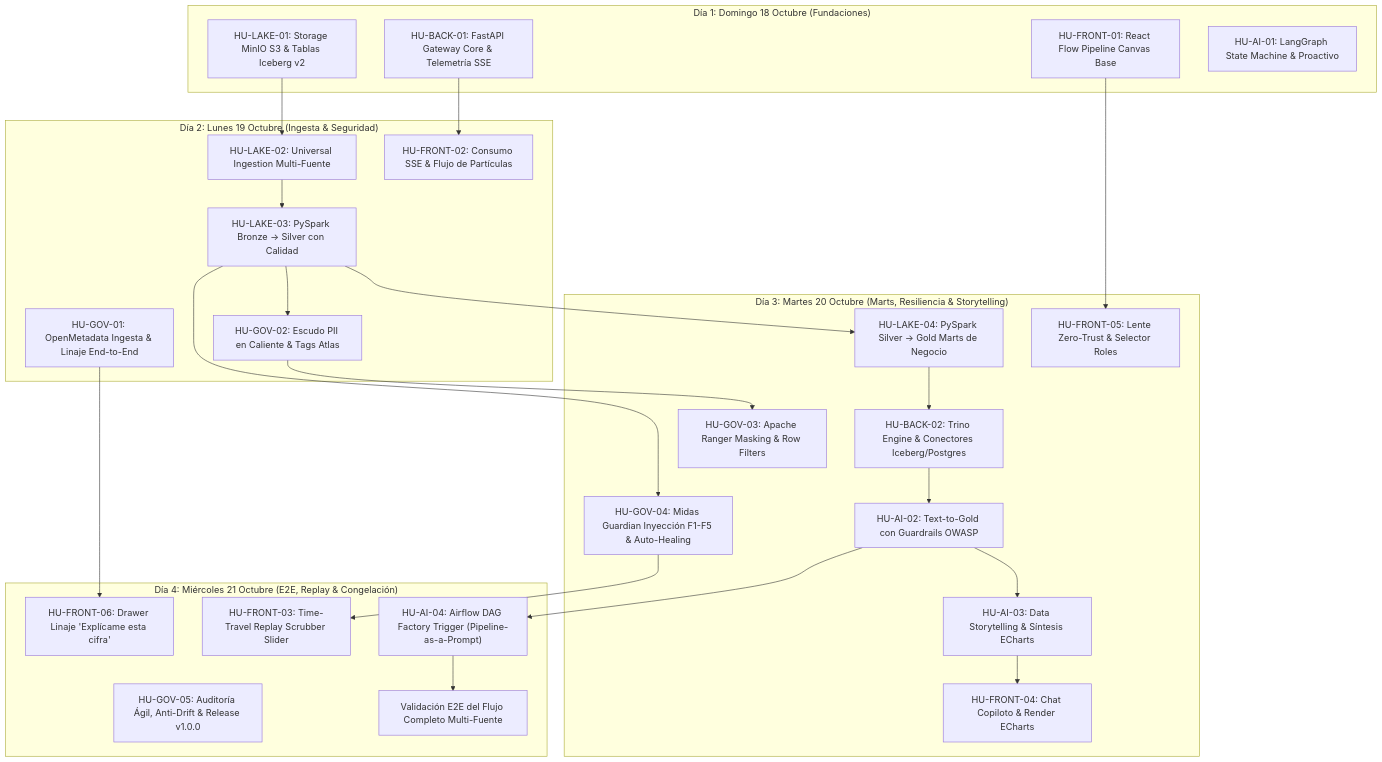
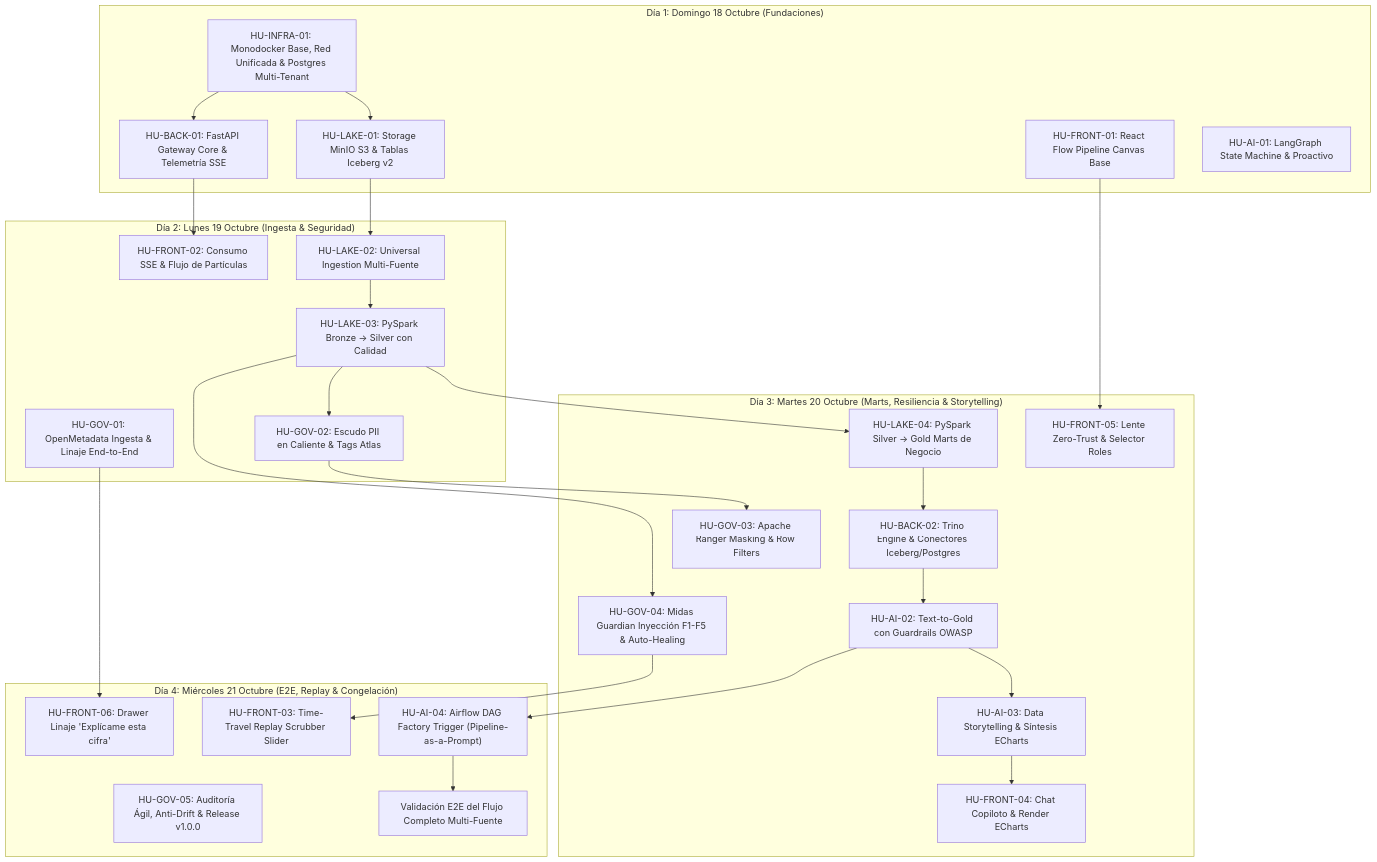
The diagram in documentation/04_product_backlog.md (Dan18eP/Midas), drawn with Mermaid before and after one commit. The commit also changed other lines of this file and 1 other file, not shown here.

Commit message:
feat(backlog): add HU-INFRA-01 for monodocker base, unified network and postgres multi-tenant assigned to Daniel Echeverria

````diff
--- a/documentation/04_product_backlog.md
+++ b/documentation/04_product_backlog.md
@@ -34,47 +34,50 @@
 ```mermaid
 flowchart TD
     subgraph DIA1["Día 1: Domingo 18 Octubre (Fundaciones)"]
+        H_INFRA01["HU-INFRA-01: Monodocker Base, Red Unificada & Postgres Multi-Tenant"]
         H_LAKE01["HU-LAKE-01: Storage MinIO S3 & Tablas Iceberg v2"]
         H_BACK01["HU-BACK-01: FastAPI Gateway Core & Telemetría SSE"]
         H_FRONT01["HU-FRONT-01: React Flow Pipeline Canvas Base"]
         H_AI01["HU-AI-01: LangGraph State Machine & Proactivo"]
     end
 
     subgraph DIA2["Día 2: Lunes 19 Octubre (Ingesta & Seguridad)"]
         H_LAKE02["HU-LAKE-02: Universal Ingestion Multi-Fuente"]
         H_LAKE03["HU-LAKE-03: PySpark Bronze -> Silver con Calidad"]
         H_FRONT02["HU-FRONT-02: Consumo SSE & Flujo de Partículas"]
         H_GOV01["HU-GOV-01: OpenMetadata Ingesta & Linaje End-to-End"]
         H_GOV02["HU-GOV-02: Escudo PII en Caliente & Tags Atlas"]
     end
 
     subgraph DIA3["Día 3: Martes 20 Octubre (Marts, Resiliencia & Storytelling)"]
         H_LAKE04["HU-LAKE-04: PySpark Silver -> Gold Marts de Negocio"]
         H_BACK02["HU-BACK-02: Trino Engine & Conectores Iceberg/Postgres"]
         H_AI02["HU-AI-02: Text-to-Gold con Guardrails OWASP"]
         H_AI03["HU-AI-03: Data Storytelling & Síntesis ECharts"]
         H_FRONT04["HU-FRONT-04: Chat Copiloto & Render ECharts"]
         H_FRONT05["HU-FRONT-05: Lente Zero-Trust & Selector Roles"]
         H_GOV03["HU-GOV-03: Apache Ranger Masking & Row Filters"]
         H_GOV04["HU-GOV-04: Midas Guardian Inyección F1-F5 & Auto-Healing"]
     end
 
     subgraph DIA4["Día 4: Miércoles 21 Octubre (E2E, Replay & Congelación)"]
         H_FRONT03["HU-FRONT-03: Time-Travel Replay Scrubber Slider"]
         H_FRONT06["HU-FRONT-06: Drawer Linaje 'Explícame esta cifra'"]
         H_AI04["HU-AI-04: Airflow DAG Factory Trigger (Pipeline-as-a-Prompt)"]
         H_GOV05["HU-GOV-05: Auditoría Ágil, Anti-Drift & Release v1.0.0"]
         H_E2E["Validación E2E del Flujo Completo Multi-Fuente"]
     end
 
+    H_INFRA01 --> H_LAKE01
+    H_INFRA01 --> H_BACK01
     H_LAKE01 --> H_LAKE02 --> H_LAKE03 --> H_LAKE04
     H_BACK01 --> H_FRONT02
     H_LAKE03 --> H_GOV02 --> H_GOV03
     H_LAKE04 --> H_BACK02 --> H_AI02 --> H_AI03 --> H_FRONT04
     H_LAKE03 --> H_GOV04
     H_GOV04 --> H_FRONT03
     H_AI02 --> H_AI04
     H_FRONT01 --> H_FRONT05
     H_GOV01 --> H_FRONT06
     H_AI04 --> H_E2E
 ```
````
